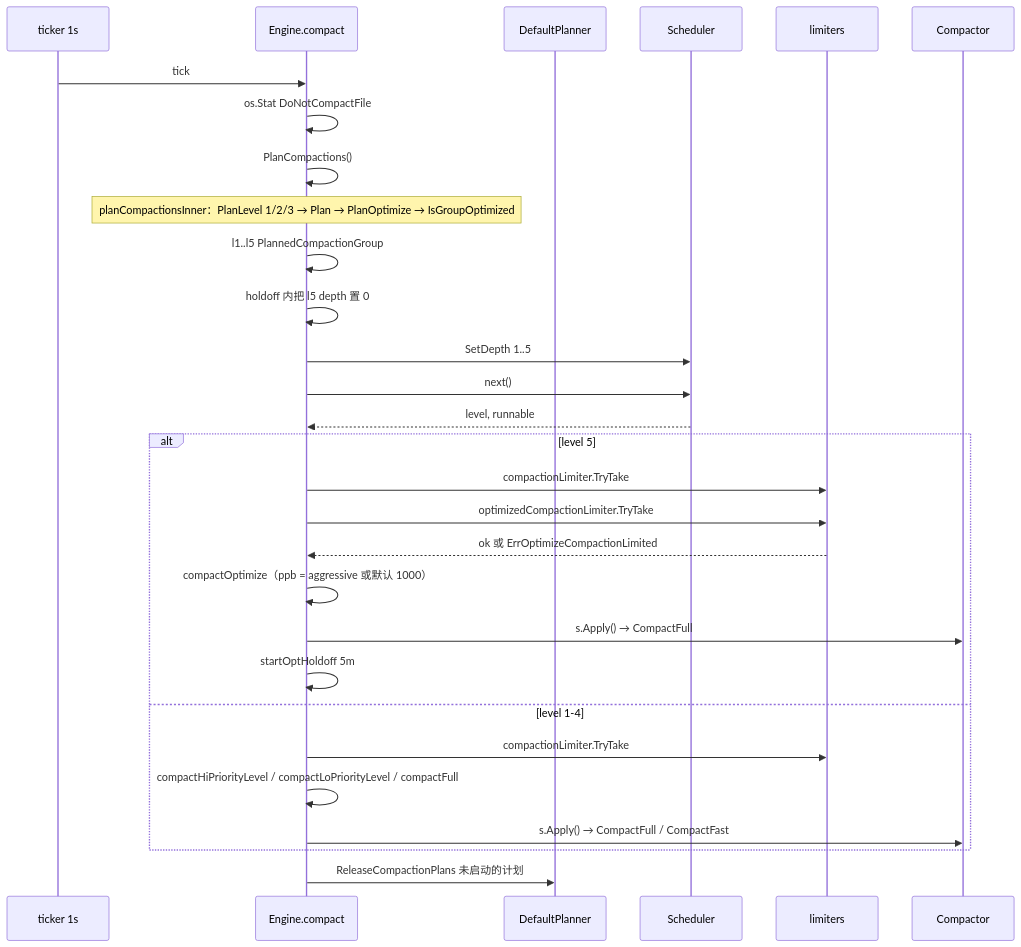
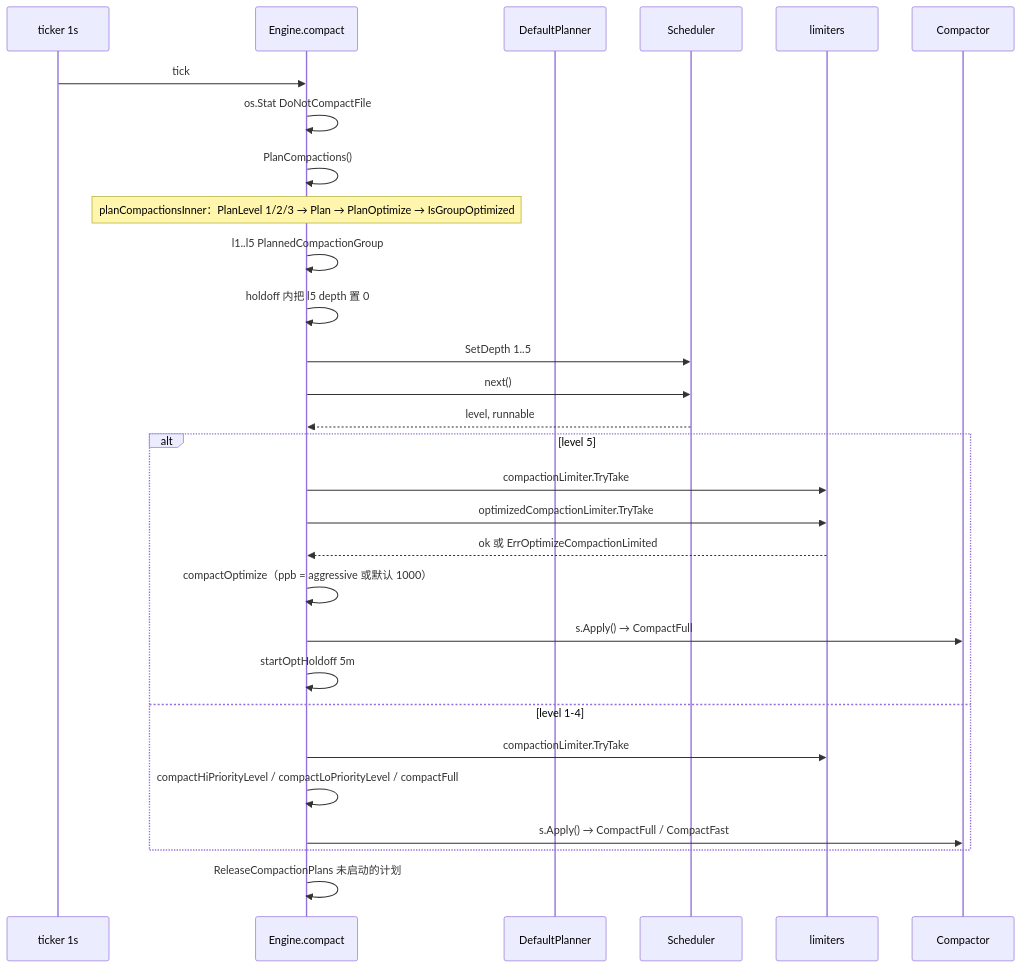
One commit to stefanv5/influxdb changed the second of 3 diagrams in docs/specs/v1.8.10-vs-v1.12.3/04_storage_compaction_diff.md. Above: the diagram before and after it, drawn with Mermaid. The commit also changed other lines of this file and 12 other files, not shown here.

````diff
--- a/docs/specs/v1.8.10-vs-v1.12.3/04_storage_compaction_diff.md
+++ b/docs/specs/v1.8.10-vs-v1.12.3/04_storage_compaction_diff.md
@@ -93,32 +93,32 @@
 ```mermaid
 sequenceDiagram
     participant T as ticker 1s
     participant E as Engine.compact
     participant P as DefaultPlanner
     participant S as Scheduler
     participant L as limiters
     participant C as Compactor
 
     T->>E: tick
     E->>E: os.Stat DoNotCompactFile
     E->>E: PlanCompactions()
     Note over E: planCompactionsInner：PlanLevel 1/2/3 → Plan → PlanOptimize → IsGroupOptimized
     E->>E: l1..l5 PlannedCompactionGroup
     E->>E: holdoff 内把 l5 depth 置 0
     E->>S: SetDepth 1..5
     E->>S: next()
     S-->>E: level, runnable
     alt level 5
         E->>L: compactionLimiter.TryTake
         E->>L: optimizedCompactionLimiter.TryTake
         L-->>E: ok 或 ErrOptimizeCompactionLimited
         E->>E: compactOptimize（ppb = aggressive 或默认 1000）
         E->>C: s.Apply() → CompactFull
         E->>E: startOptHoldoff 5m
     else level 1-4
         E->>L: compactionLimiter.TryTake
         E->>E: compactHiPriorityLevel / compactLoPriorityLevel / compactFull
         E->>C: s.Apply() → CompactFull / CompactFast
     end
-    E->>P: ReleaseCompactionPlans 未启动的计划
+    E->>E: ReleaseCompactionPlans 未启动的计划
 ```
````
